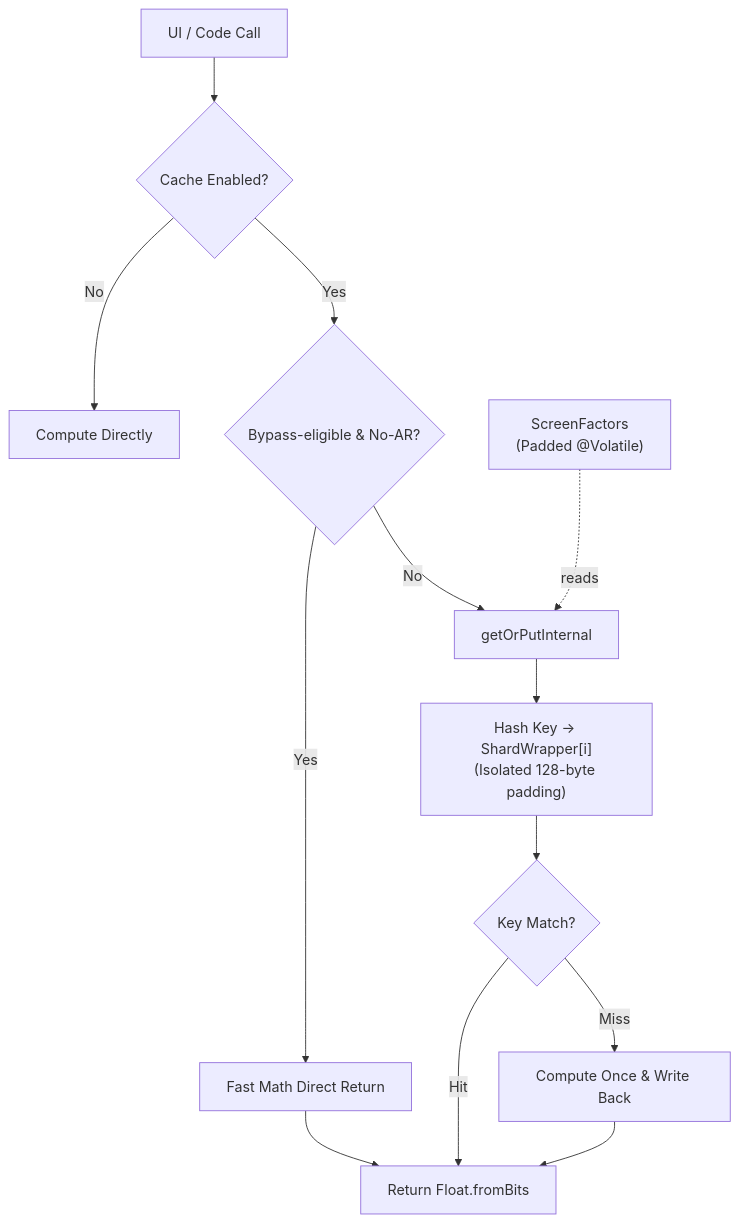
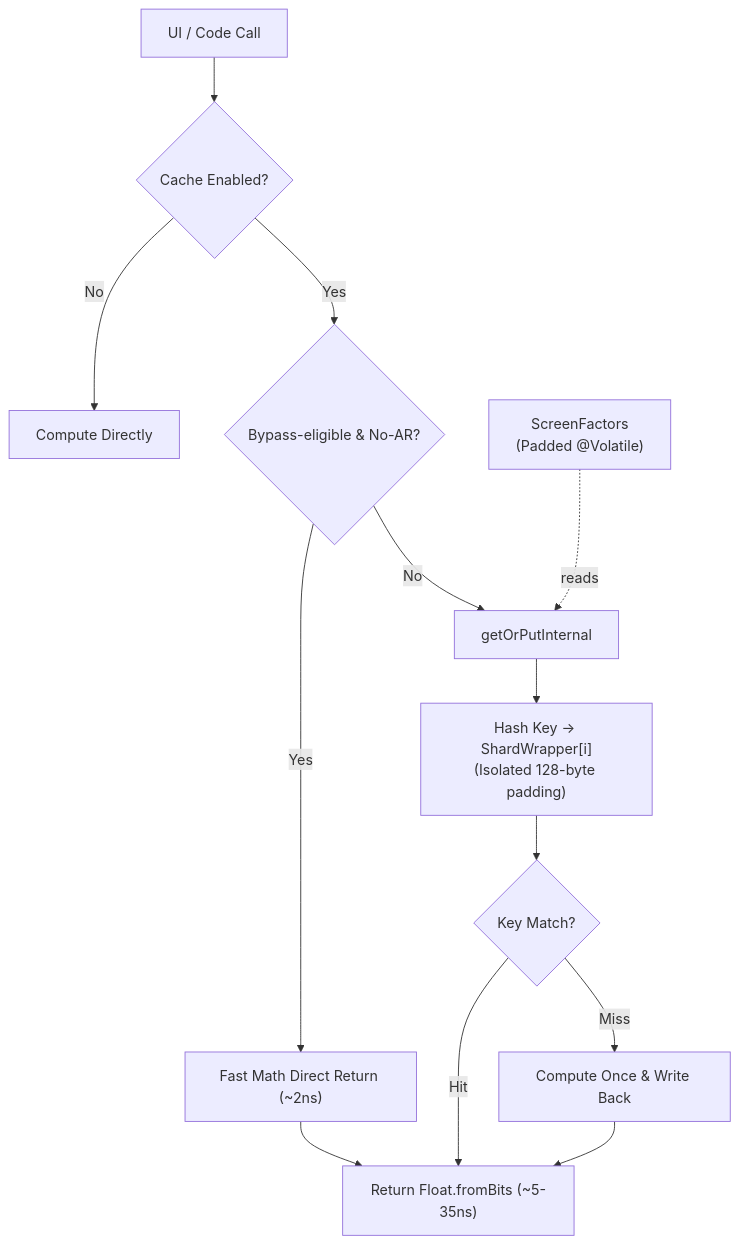
One commit to bodenberg/appdimens-dynamic changed the diagram in PERFORMANCE-COMPARATIVE.md. Above: the diagram before and after it, drawn with Mermaid. The commit also changed other lines of this file, not shown here.

````diff
--- a/PERFORMANCE-COMPARATIVE.md
+++ b/PERFORMANCE-COMPARATIVE.md
@@ -207,15 +207,15 @@
 ```mermaid
 graph TD
     A[UI / Code Call] --> B{Cache Enabled?}
     B -- No --> Z[Compute Directly]
     B -- Yes --> C{Bypass-eligible & No-AR?}
-    C -- Yes --> D[Fast Math Direct Return]
+    C -- Yes --> D["Fast Math Direct Return (~2ns)"]
     C -- No --> E[getOrPutInternal]
     E --> F["Hash Key → ShardWrapper[i]<br/>(Isolated 128-byte padding)"]
     F --> G{Key Match?}
-    G -- Hit --> H[Return Float.fromBits]
+    G -- Hit --> H["Return Float.fromBits (~5-35ns)"]
     G -- Miss --> I[Compute Once & Write Back]
     I --> H
     D --> H
     J["ScreenFactors<br/>(Padded @Volatile)"] -.reads.-> E
 ```
````
